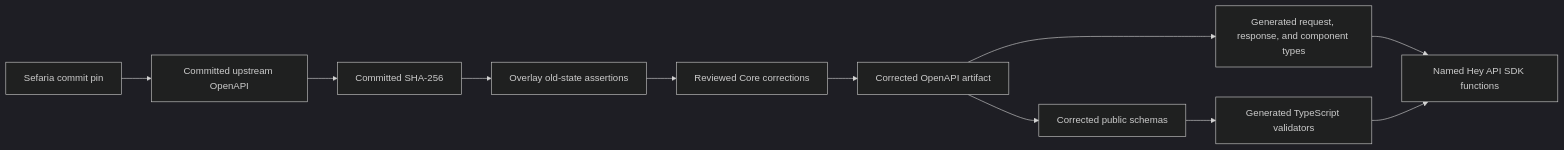
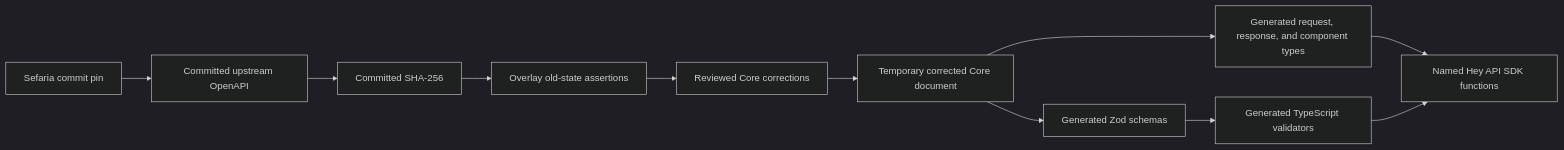
One commit to Arithmomaniac/sefaria-web-components changed the diagram in docs/specs/client.md. Above: the diagram before and after it, drawn with Mermaid (dark theme). The commit also changed other lines of this file and 17 other files, not shown here.

First line of the commit message:
Slim OpenAPI generation pipeline

````diff
--- a/docs/specs/client.md
+++ b/docs/specs/client.md
@@ -57,13 +56,13 @@
 ```mermaid
 flowchart LR
     PIN["Sefaria commit pin"] --> INPUT["Committed upstream OpenAPI"]
     INPUT --> HASH["Committed SHA-256"]
     HASH --> ASSERT["Overlay old-state assertions"]
     ASSERT --> OVERLAY["Reviewed Core corrections"]
-    OVERLAY --> CORRECTED["Corrected OpenAPI artifact"]
+    OVERLAY --> CORRECTED["Temporary corrected Core document"]
     CORRECTED --> TYPES["Generated request, response, and component types"]
-    CORRECTED --> SCHEMAS["Corrected public schemas"]
+    CORRECTED --> SCHEMAS["Generated Zod schemas"]
     SCHEMAS --> VALIDATORS["Generated TypeScript validators"]
     TYPES --> CLIENT["Named Hey API SDK functions"]
     VALIDATORS --> CLIENT
 ```
````
